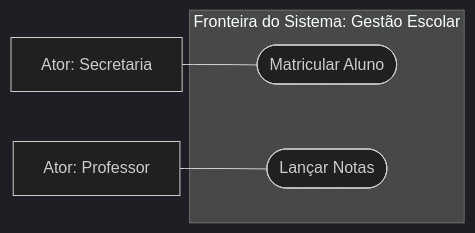
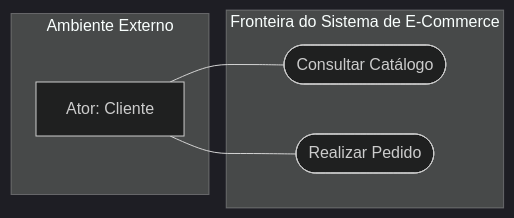
Before and after one commit to murilolol/unifef: the tenth of 24 diagrams in 4º Semestre/[Prof. Wesley Soares] Engenharia de Software II/Resumos-IA/Simulados-Comentados.md, drawn with Mermaid (dark theme). The commit also changed other lines of this file and 10 other files, not shown here.

````diff
--- a/4º Semestre/[Prof. Wesley Soares] Engenharia de Software II/Resumos-IA/Simulados-Comentados.md
+++ b/4º Semestre/[Prof. Wesley Soares] Engenharia de Software II/Resumos-IA/Simulados-Comentados.md
@@ -355,9 +608,14 @@
 ```mermaid
 flowchart LR
- subgraph Fronteira["Fronteira do Sistema: Gestão Escolar"]
- UC1(["Matricular Aluno"])
- UC2(["Lançar Notas"])
- end
- Ator1["Ator: Secretaria"] --- UC1
- Ator2["Ator: Professor"] --- UC2
+    subgraph ForaDoSistema["Ambiente Externo"]
+        Ator["Ator: Cliente"]
+    end
+
+    subgraph FronteiraSistema["Fronteira do Sistema de E-Commerce"]
+        UC1(["Consultar Catálogo"])
+        UC2(["Realizar Pedido"])
+    end
+
+    Ator --- UC1
+    Ator --- UC2
 ```
````
